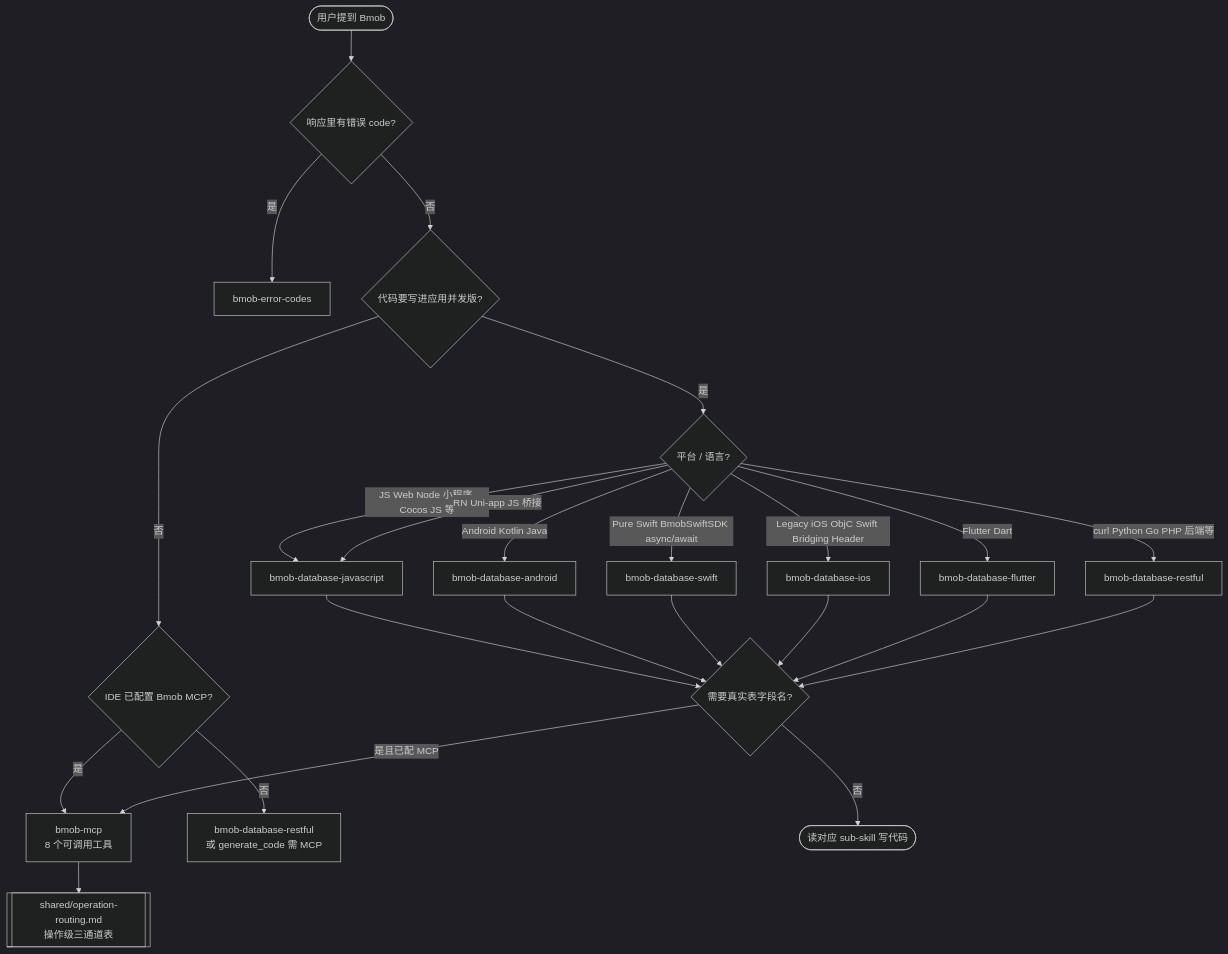
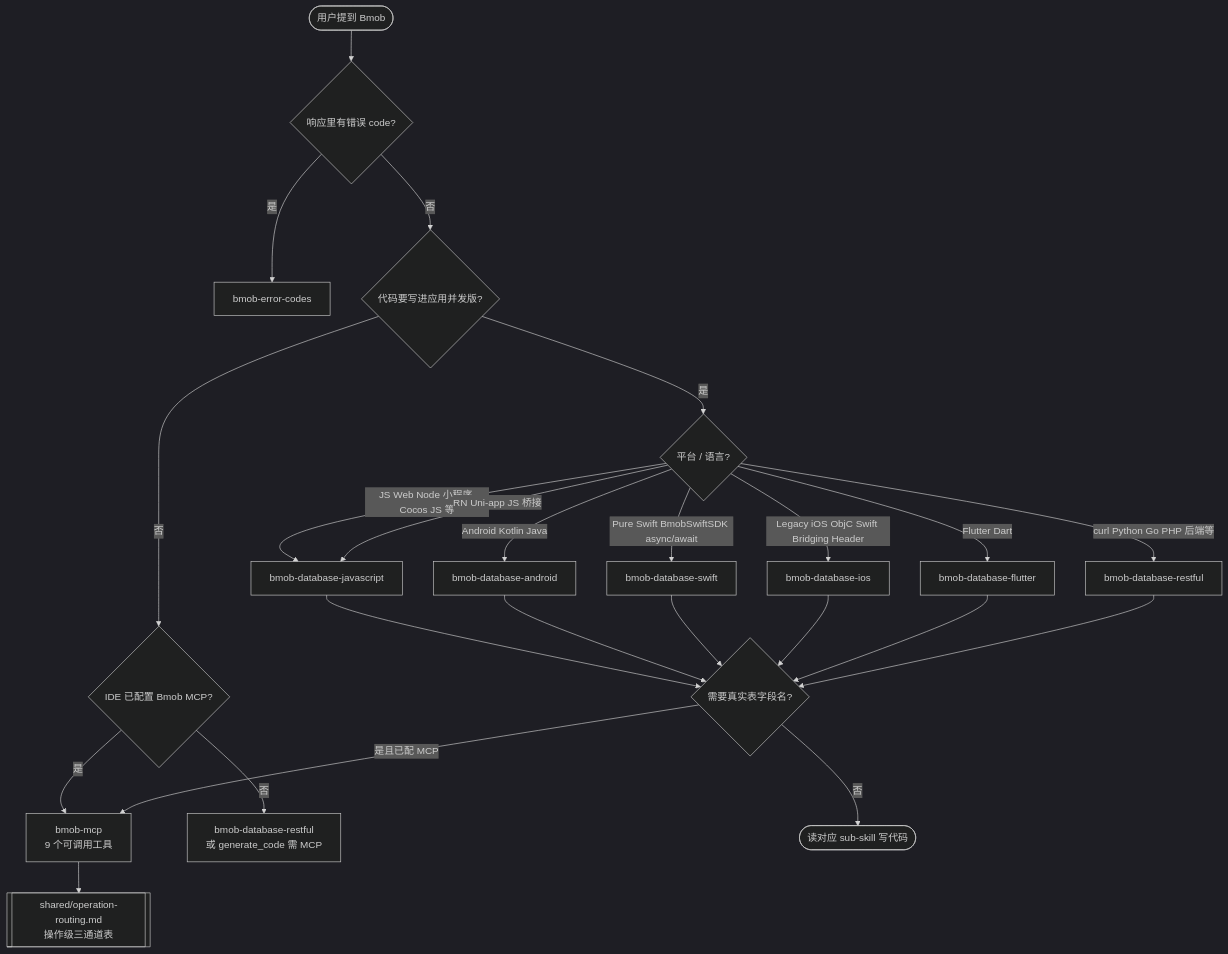
Before and after one commit to bmob/agent-skills: the first of 2 diagrams in skills/bmob/SKILL.md, drawn with Mermaid (dark theme). The commit also changed other lines of this file and 7 other files, not shown here.

````diff
--- a/skills/bmob/SKILL.md
+++ b/skills/bmob/SKILL.md
@@ -42,26 +42,26 @@
 ```mermaid
 flowchart TD
     Start([用户提到 Bmob]) --> Err{响应里有错误 code?}
     Err -->|是| EC[bmob-error-codes]
     Err -->|否| Ship{代码要写进应用并发版?}
     Ship -->|否| McpCfg{IDE 已配置 Bmob MCP?}
-    McpCfg -->|是| MCP[bmob-mcp<br/>8 个可调用工具]
+    McpCfg -->|是| MCP[bmob-mcp<br/>9 个可调用工具]
     McpCfg -->|否| RestOnly[bmob-database-restful<br/>或 generate_code 需 MCP]
     Ship -->|是| Plat{平台 / 语言?}
     Plat -->|JS Web Node 小程序 Cocos JS 等| JS[bmob-database-javascript]
     Plat -->|Android Kotlin Java| AND[bmob-database-android]
     Plat -->|Pure Swift BmobSwiftSDK async/await| SWIFT[bmob-database-swift]
     Plat -->|Legacy iOS ObjC Swift Bridging Header| IOS[bmob-database-ios]
     Plat -->|Flutter Dart| FLUT[bmob-database-flutter]
     Plat -->|curl Python Go PHP 后端等| REST[bmob-database-restful]
     Plat -->|RN Uni-app JS 桥接| JS
     JS --> Schema{需要真实表字段名?}
     AND --> Schema
     SWIFT --> Schema
     IOS --> Schema
     FLUT --> Schema
     REST --> Schema
     Schema -->|是且已配 MCP| MCP
     Schema -->|否| Done([读对应 sub-skill 写代码])
     MCP --> OpTable[[shared/operation-routing.md<br/>操作级三通道表]]
 ```
````
